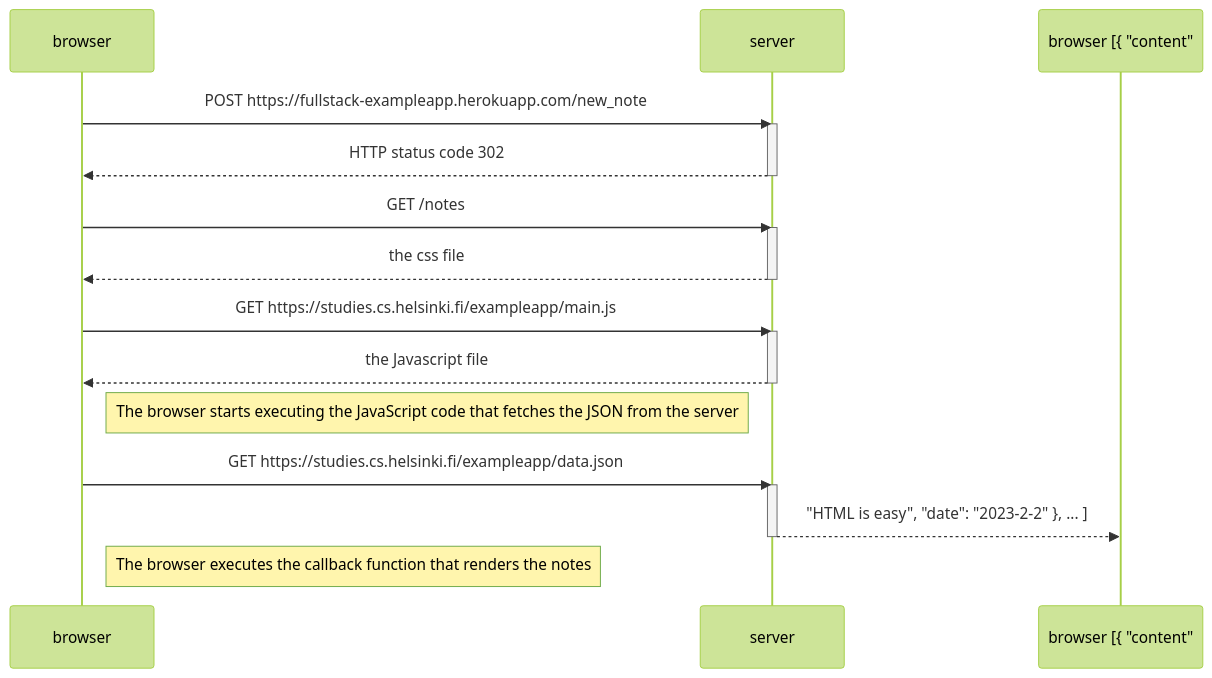
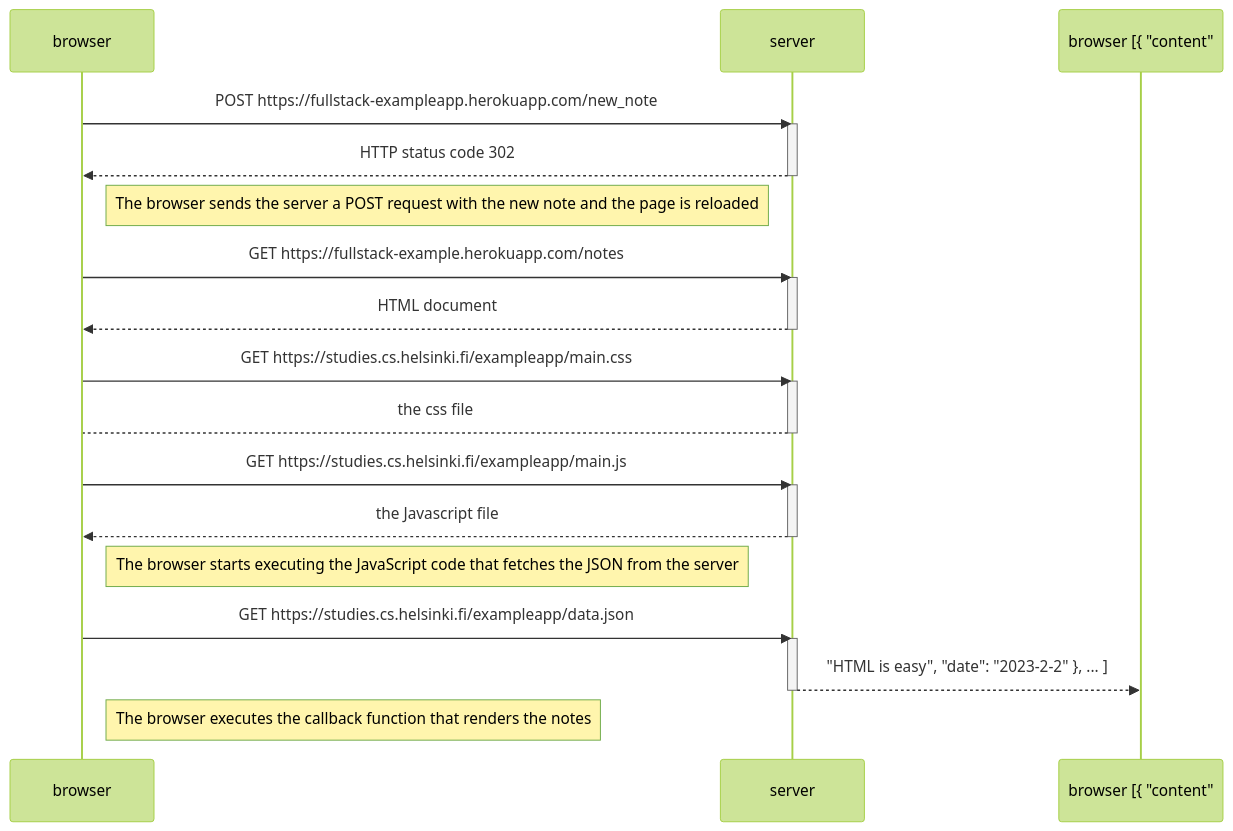
The diagram in part0/exercise04.md (maryelizhall/fullstackwebdev), drawn with Mermaid (forest theme) before and after one commit.

Commit message:
changes made to diagram

````diff
--- a/part0/exercise04.md
+++ b/part0/exercise04.md
@@ -3,29 +3,36 @@
 ```mermaid
 sequenceDiagram
     participant browser
     participant server
 
     browser->>server: POST https://fullstack-exampleapp.herokuapp.com/new_note
     activate server
     server-->>browser: HTTP status code 302
     deactivate server
 
-    browser->>server: GET /notes
+    Note right of browser: The browser sends the server a POST request with the new note and the page is reloaded
+
+    browser->>server: GET https://fullstack-example.herokuapp.com/notes
     activate server
-    server-->>browser: the css file
+    server-->>browser: HTML document
+    deactivate server
+
+    browser->>server: GET https://studies.cs.helsinki.fi/exampleapp/main.css
+    activate server
+    server-->browser: the css file
     deactivate server
 
     browser->>server: GET https://studies.cs.helsinki.fi/exampleapp/main.js
     activate server
     server-->>browser: the Javascript file
     deactivate server
 
     Note right of browser: The browser starts executing the JavaScript code that fetches the JSON from the server
 
     browser->>server: GET https://studies.cs.helsinki.fi/exampleapp/data.json
     activate server
     server-->>browser [{ "content": "HTML is easy", "date": "2023-2-2" }, ... ]
     deactivate server
 
     Note right of browser: The browser executes the callback function that renders the notes
 ```
````
